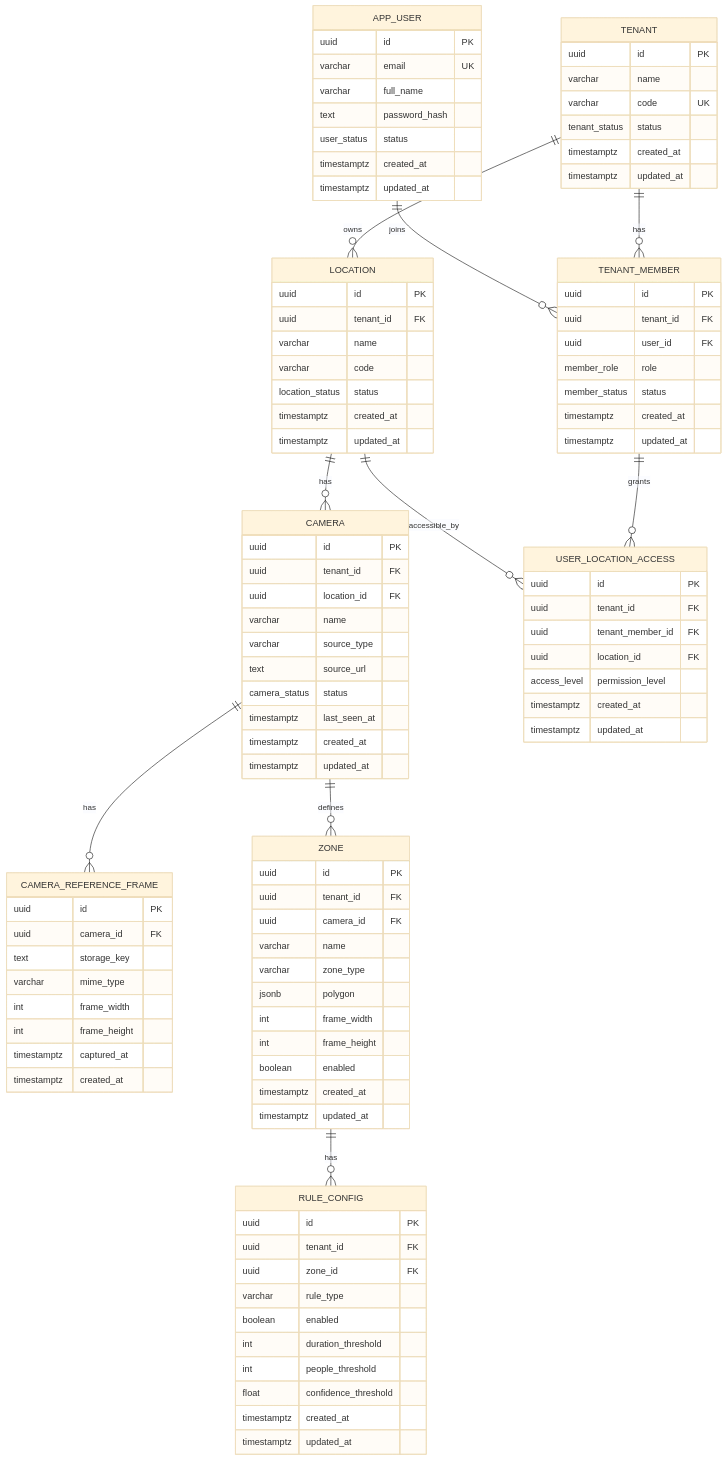
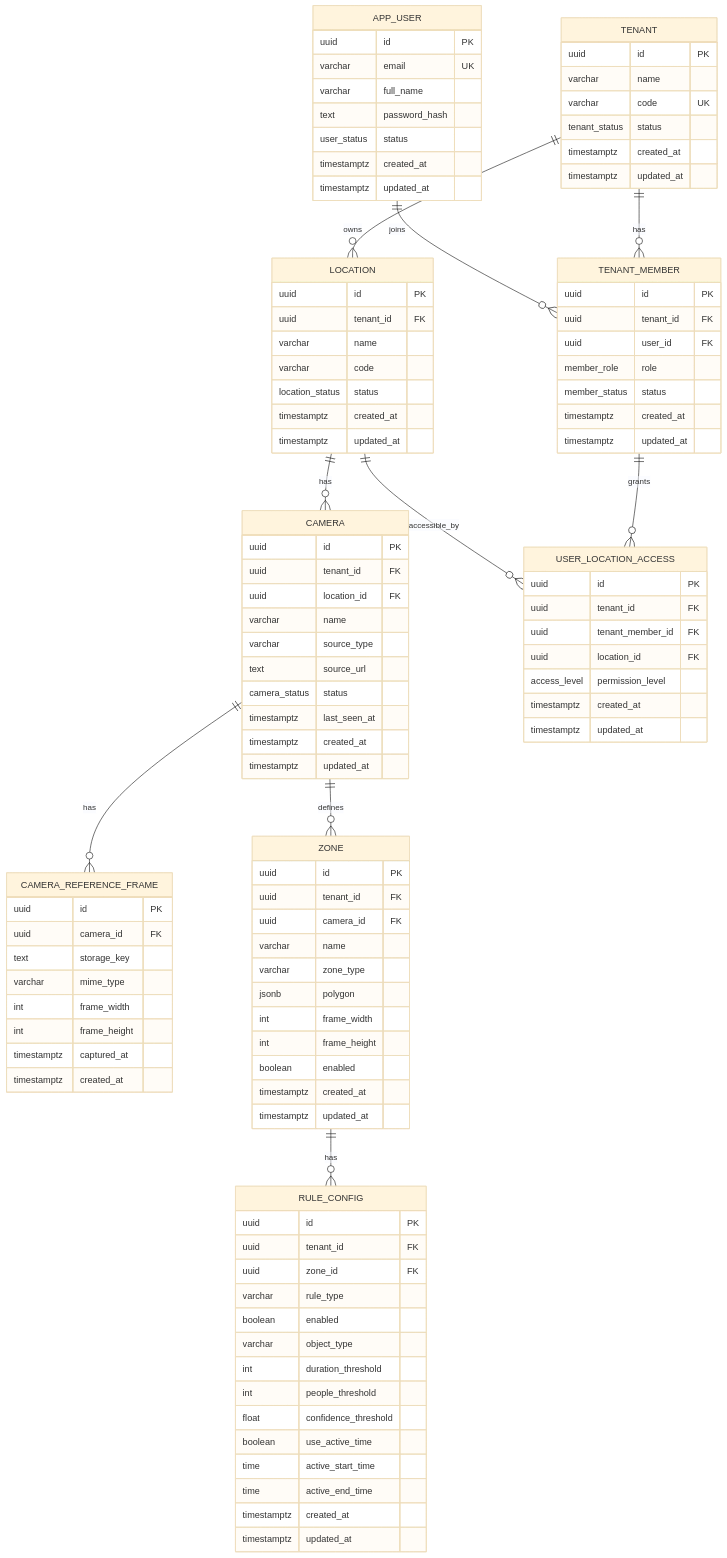
Before and after one commit to nguyenhoangha0710/HitekLab_AI_detection: the diagram in code/database/postgres/README.md, drawn with Mermaid (base theme). The commit also changed 13 other files, not shown here.

```diff
--- a/code/database/postgres/README.md
+++ b/code/database/postgres/README.md
@@ -121,9 +121,13 @@
         uuid zone_id FK
         varchar rule_type
         boolean enabled
+        varchar object_type
         int duration_threshold
         int people_threshold
         float confidence_threshold
+        boolean use_active_time
+        time active_start_time
+        time active_end_time
         timestamptz created_at
         timestamptz updated_at
     }
```
